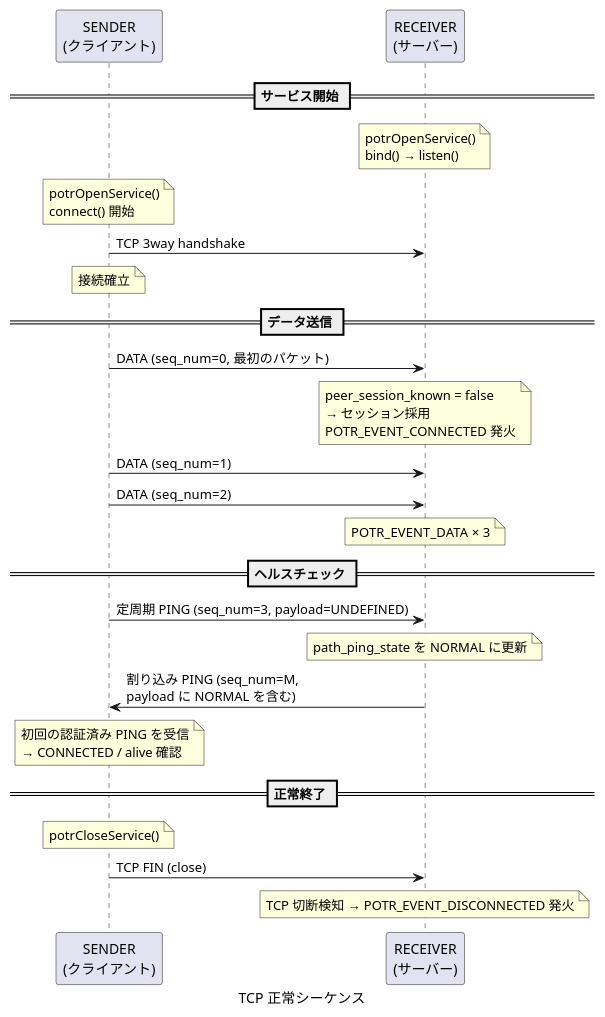
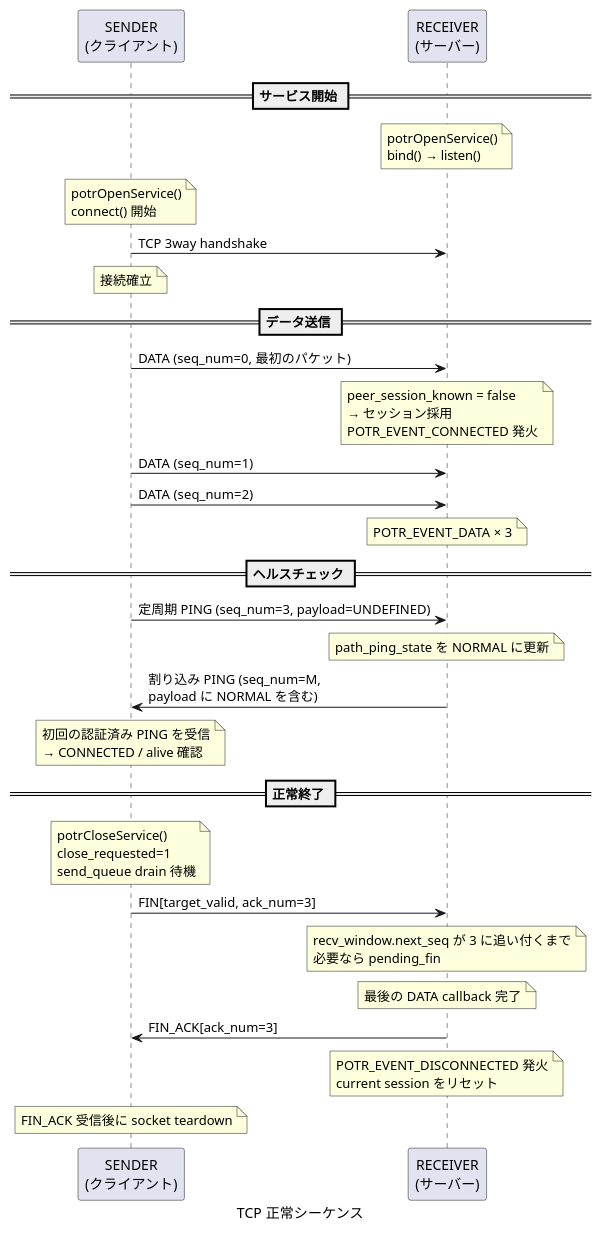
Diagram 24 of 30 in app/porter/docs/sequence.md (Hondarer/c-modernization-kit), drawn with PlantUML before and after one commit. The commit also changed 18 other files, not shown here.

````diff
--- a/app/porter/docs/sequence.md
+++ b/app/porter/docs/sequence.md
@@ -859,38 +859,42 @@
 ```plantuml
 @startuml TCP 正常シーケンス
 caption TCP 正常シーケンス
 
 participant "SENDER\n(クライアント)" as S
 participant "RECEIVER\n(サーバー)" as R
 
 == サービス開始 ==
 
 note over R: potrOpenService()\nbind() → listen()
 note over S: potrOpenService()\nconnect() 開始
 S -> R: TCP 3way handshake
 note over S: 接続確立
 
 == データ送信 ==
 
 S -> R: DATA (seq_num=0, 最初のパケット)
 note over R: peer_session_known = false\n→ セッション採用\nPOTR_EVENT_CONNECTED 発火
 
 S -> R: DATA (seq_num=1)
 S -> R: DATA (seq_num=2)
 note over R: POTR_EVENT_DATA × 3
 
 == ヘルスチェック ==
 
 S -> R: 定周期 PING (seq_num=3, payload=UNDEFINED)
 note over R: path_ping_state を NORMAL に更新
 R -> S: 割り込み PING (seq_num=M,\npayload に NORMAL を含む)
 note over S: 初回の認証済み PING を受信\n→ CONNECTED / alive 確認
 
 == 正常終了 ==
 
-note over S: potrCloseService()
-S -> R: TCP FIN (close)
-note over R: TCP 切断検知 → POTR_EVENT_DISCONNECTED 発火
+note over S: potrCloseService()\nclose_requested=1\nsend_queue drain 待機
+S -> R: FIN[target_valid, ack_num=3]
+note over R: recv_window.next_seq が 3 に追い付くまで\n必要なら pending_fin
+note over R: 最後の DATA callback 完了
+R -> S: FIN_ACK[ack_num=3]
+note over R: POTR_EVENT_DISCONNECTED 発火\ncurrent session をリセット
+note over S: FIN_ACK 受信後に socket teardown
 
 @enduml
 ```
````
